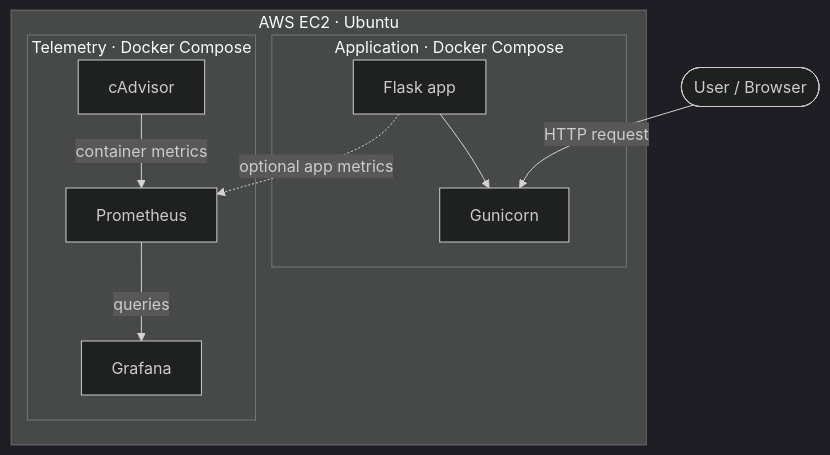
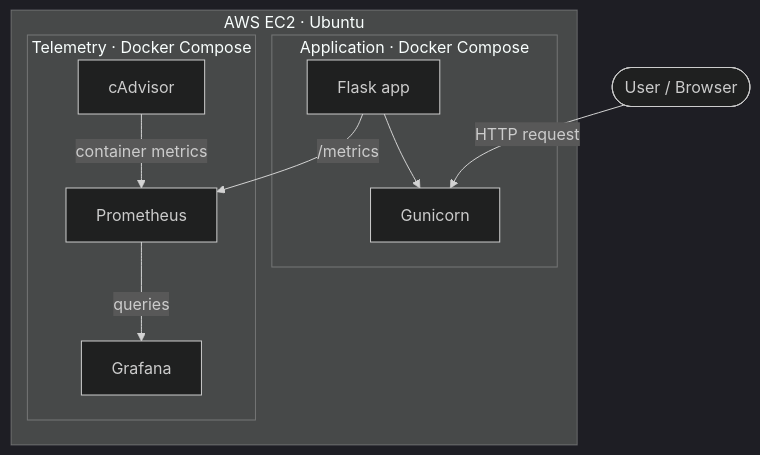
Before and after one commit to preethikakarla551/devops-self-healing-pipeline: the diagram in README.md, drawn with Mermaid (dark theme). The commit also changed other lines of this file and 11 other files, not shown here.

````diff
--- a/README.md
+++ b/README.md
@@ -33,18 +33,18 @@
 ```mermaid
 flowchart TB
     CLIENT([User / Browser])
 
     subgraph CLOUD["AWS EC2 · Ubuntu"]
         subgraph APP_LAYER["Application · Docker Compose"]
             APP["Flask app"] --> GUNI["Gunicorn"]
         end
 
         subgraph MONITORING["Telemetry · Docker Compose"]
             CAD["cAdvisor"] -->|"container metrics"| PROM["Prometheus"]
-            APP -. "optional app metrics" .-> PROM
+            APP -->|"/metrics"| PROM
             PROM -->|"queries"| GRAF["Grafana"]
         end
     end
 
     CLIENT -->|"HTTP request"| GUNI
 ```
````
